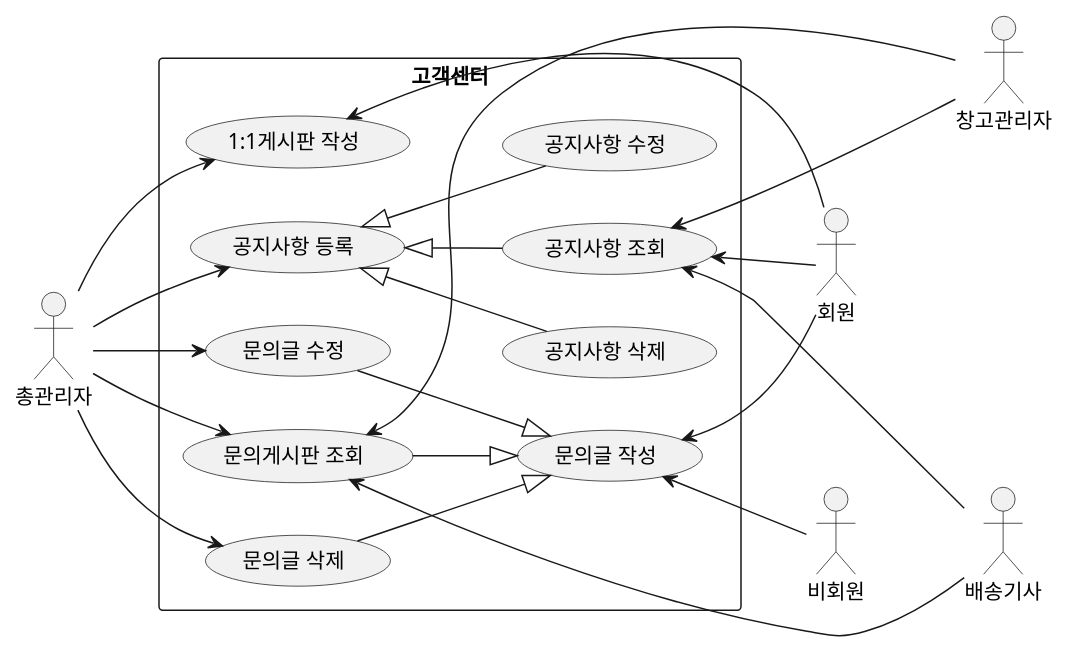
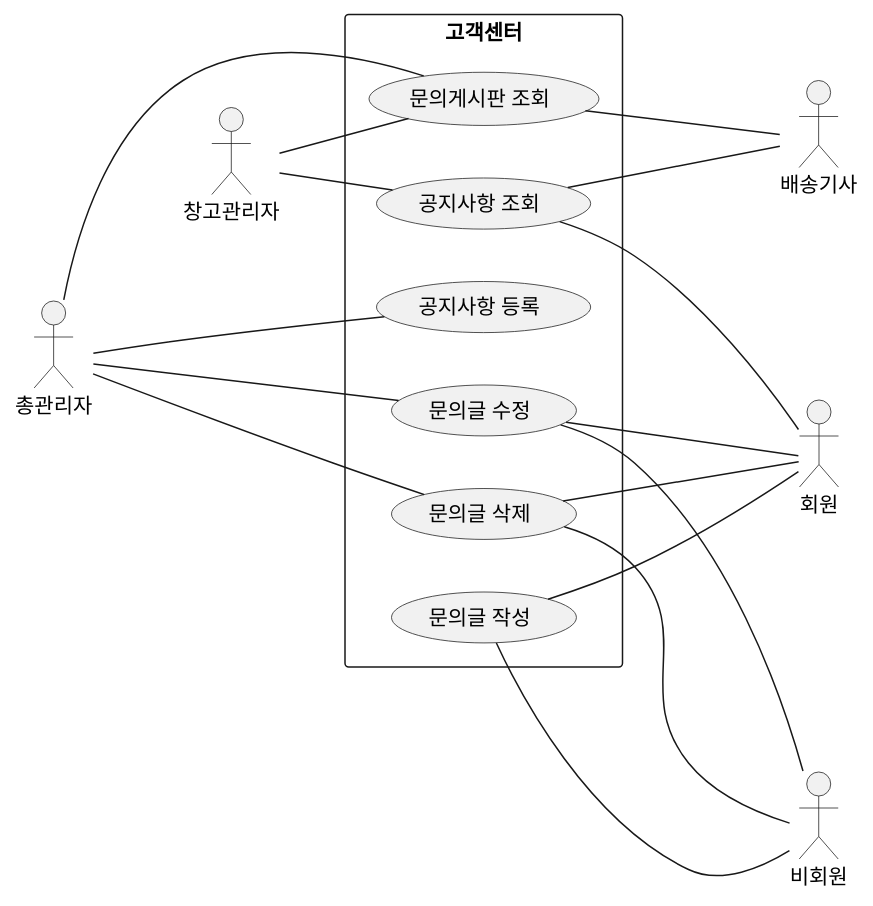
The diagram in src/first_team_project/use_case/Customer_service.puml (shin-heewon/java-advance), drawn with PlantUML before and after one commit. The commit also changed other lines of this file and 2 other files, not shown here.

Commit message:
- 재고관리, 고객센터 plantUML 완료

```diff
--- a/src/first_team_project/use_case/Customer_service.puml
+++ b/src/first_team_project/use_case/Customer_service.puml
@@ -1,55 +1,45 @@
 @startuml
 
 
 left to right direction
 
 actor "창고관리자" as wh_manager
 actor "총관리자" as admin
 
 actor "회원" as user
 actor "배송기사" as delivery
 actor "비회원"
 rectangle "고객센터"{
-admin-->(공지사항 등록)
+admin---(공지사항 등록)
 
 
-(공지사항 등록)<|--(공지사항 조회)
-(공지사항 등록)<|--(공지사항 수정)
-(공지사항 등록)<|--(공지사항 삭제)
+user-up--(공지사항 조회)
+delivery-up--(공지사항 조회)
 
 
 
-wh_manager--up->(공지사항 조회)
-user-up-->(공지사항 조회)
-delivery-up-->(공지사항 조회)
-'admin-->(공지사항 조회)
-'admin-->(공지사항 수정)
-'admin-->(공지사항 삭제)
+(문의글 작성)---비회원
+(문의글 수정)---비회원
+(문의글 삭제)---비회원
 
-user-->(1:1게시판 작성)
-admin-->(1:1게시판 작성)
+(문의글 작성)---user
+(문의글 수정)---user
+(문의글 삭제)---user
 
-(문의글 작성)<--user
-(문의글 작성)<--비회원
+wh_manager-up-(공지사항 조회)
+wh_manager--(문의게시판 조회)
 
-(문의게시판 조회)--|>(문의글 작성)
-(문의글 수정)--|>(문의글 작성)
-(문의글 삭제)--|>(문의글 작성)
 
-admin-down->(문의게시판 조회)
-wh_manager-down->(문의게시판 조회)
-delivery-down->(문의게시판 조회)
-'user->(문의게시판 조회)
-'비회원->(문의게시판 조회)
+admin-down--(문의게시판 조회)
+delivery-down-(문의게시판 조회)
 
-admin-->(문의글 수정)
-'user-->(문의글 수정)
-'비회원-->(문의글 수정)
 
-admin-->(문의글 삭제)
-'user-->(문의글 삭제)
-'비회원-->(문의글 삭제)
+admin---(문의글 수정)
+
+
+admin---(문의글 삭제)
+
 
 
 }
 @enduml
```
